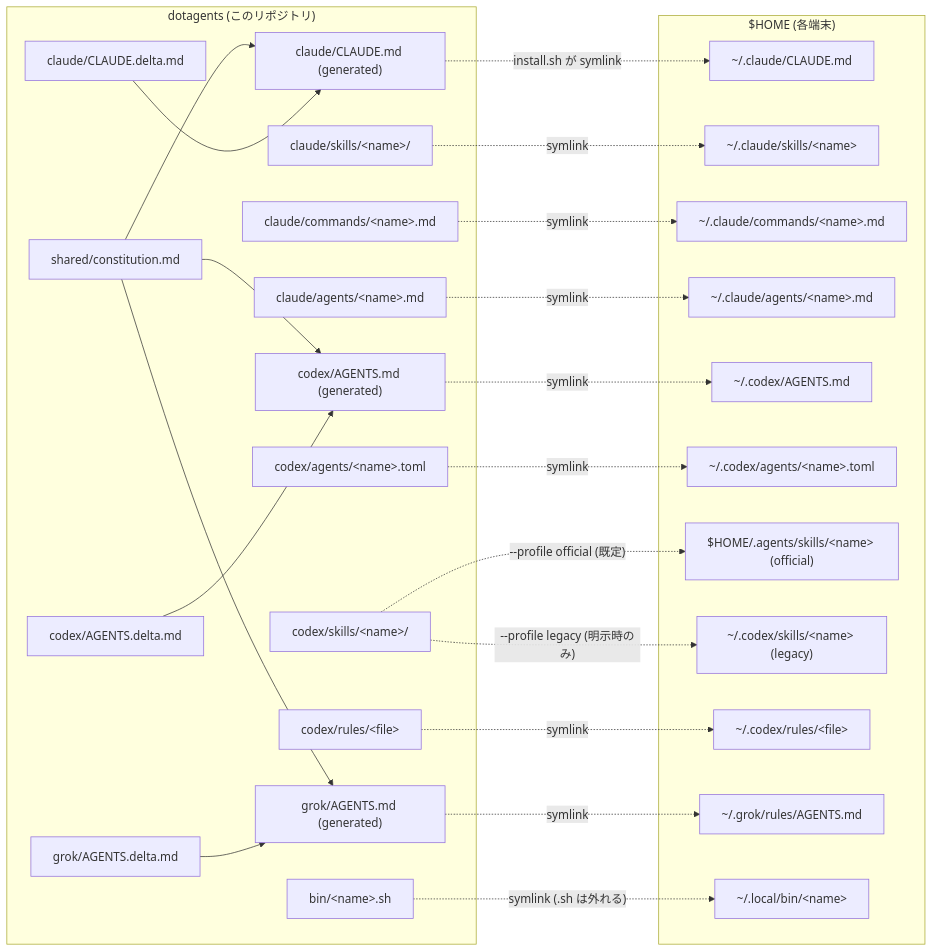
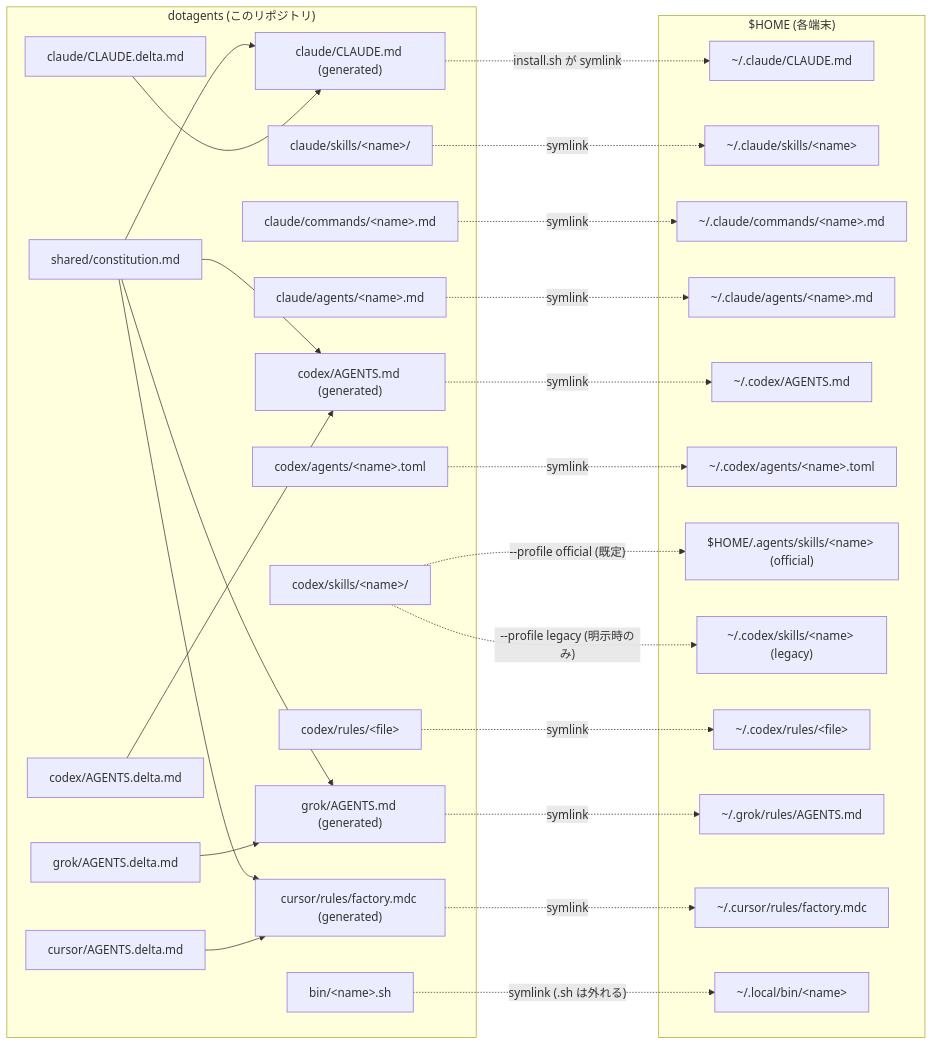
One commit to kitepon/dotagents changed the diagram in README.md. Above: the diagram before and after it, drawn with Mermaid. The commit also changed other lines of this file and 16 other files, not shown here.

````diff
--- a/README.md
+++ b/README.md
@@ -40,49 +46,55 @@
 ```mermaid
 flowchart LR
   subgraph repo["dotagents (このリポジトリ)"]
     common["shared/constitution.md"]
     cdelta["claude/CLAUDE.delta.md"]
     xdelta["codex/AGENTS.delta.md"]
     gdelta["grok/AGENTS.delta.md"]
+    kdelta["cursor/AGENTS.delta.md"]
     gcm["claude/CLAUDE.md (generated)"]
     cs["claude/skills/&lt;name&gt;/"]
     cc["claude/commands/&lt;name&gt;.md"]
     ca["claude/agents/&lt;name&gt;.md"]
     xam["codex/AGENTS.md (generated)"]
     xca["codex/agents/&lt;name&gt;.toml"]
     xs["codex/skills/&lt;name&gt;/"]
     xr["codex/rules/&lt;file&gt;"]
     gam["grok/AGENTS.md (generated)"]
+    kam["cursor/rules/factory.mdc (generated)"]
     bin["bin/&lt;name&gt;.sh"]
   end
   subgraph home["$HOME (各端末)"]
     hgcm["~/.claude/CLAUDE.md"]
     hcs["~/.claude/skills/&lt;name&gt;"]
     hcc["~/.claude/commands/&lt;name&gt;.md"]
     hca["~/.claude/agents/&lt;name&gt;.md"]
     hxam["~/.codex/AGENTS.md"]
     hxca["~/.codex/agents/&lt;name&gt;.toml"]
     hxs["$HOME/.agents/skills/&lt;name&gt; (official)"]
     hxsl["~/.codex/skills/&lt;name&gt; (legacy)"]
     hxr["~/.codex/rules/&lt;file&gt;"]
     hgam["~/.grok/rules/AGENTS.md"]
+    hkam["~/.cursor/rules/factory.mdc"]
     hbin["~/.local/bin/&lt;name&gt;"]
   end
   common --> gcm
   cdelta --> gcm
   common --> xam
   xdelta --> xam
   common --> gam
   gdelta --> gam
+  common --> kam
+  kdelta --> kam
   gcm -. "install.sh が symlink" .-> hgcm
   cs -. symlink .-> hcs
   cc -. symlink .-> hcc
   ca -. symlink .-> hca
   xam -. symlink .-> hxam
   xca -. symlink .-> hxca
   xs -. "--profile official (既定)" .-> hxs
   xs -. "--profile legacy (明示時のみ)" .-> hxsl
   xr -. symlink .-> hxr
   gam -. symlink .-> hgam
+  kam -. symlink .-> hkam
   bin -. "symlink (.sh は外れる)" .-> hbin
 ```
````
